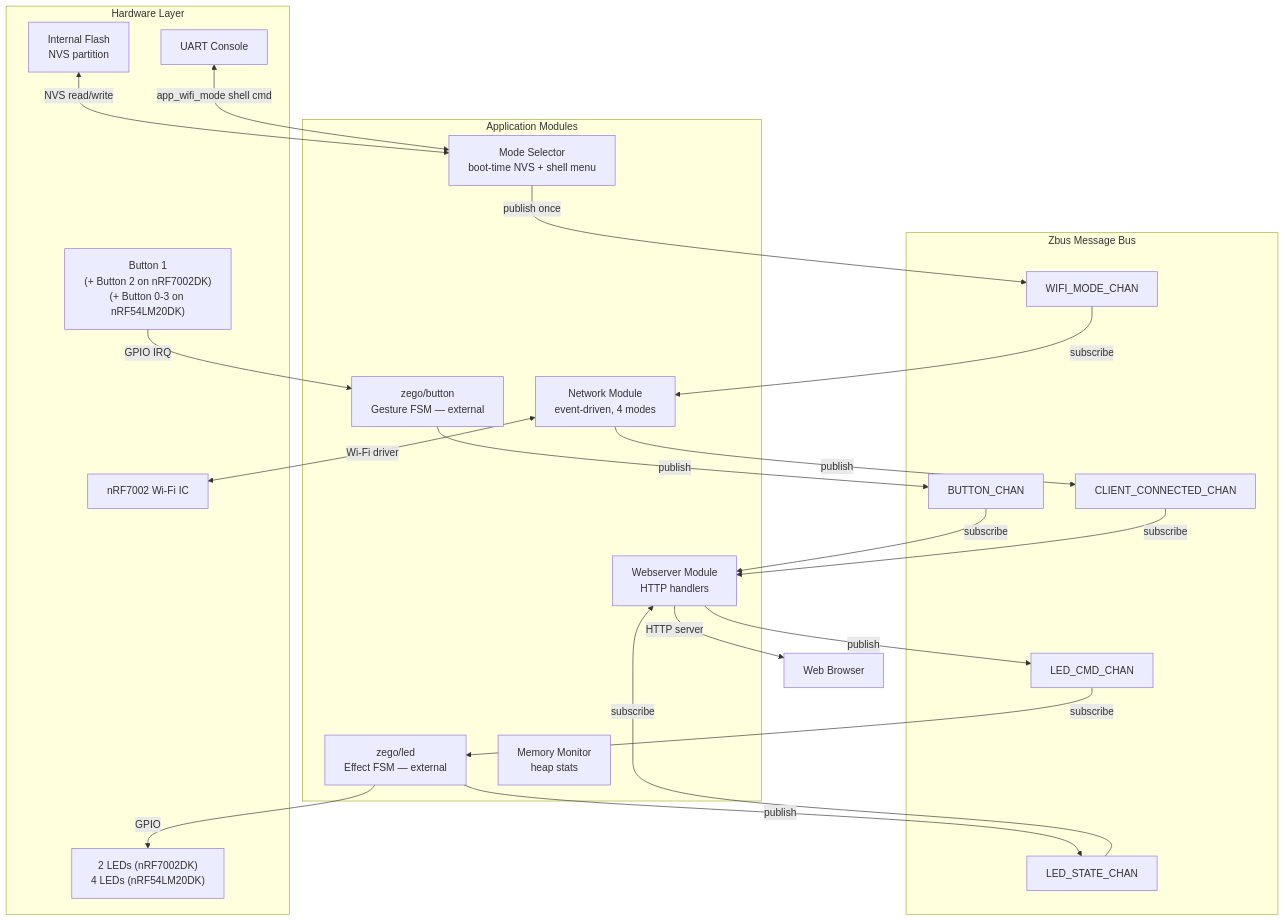
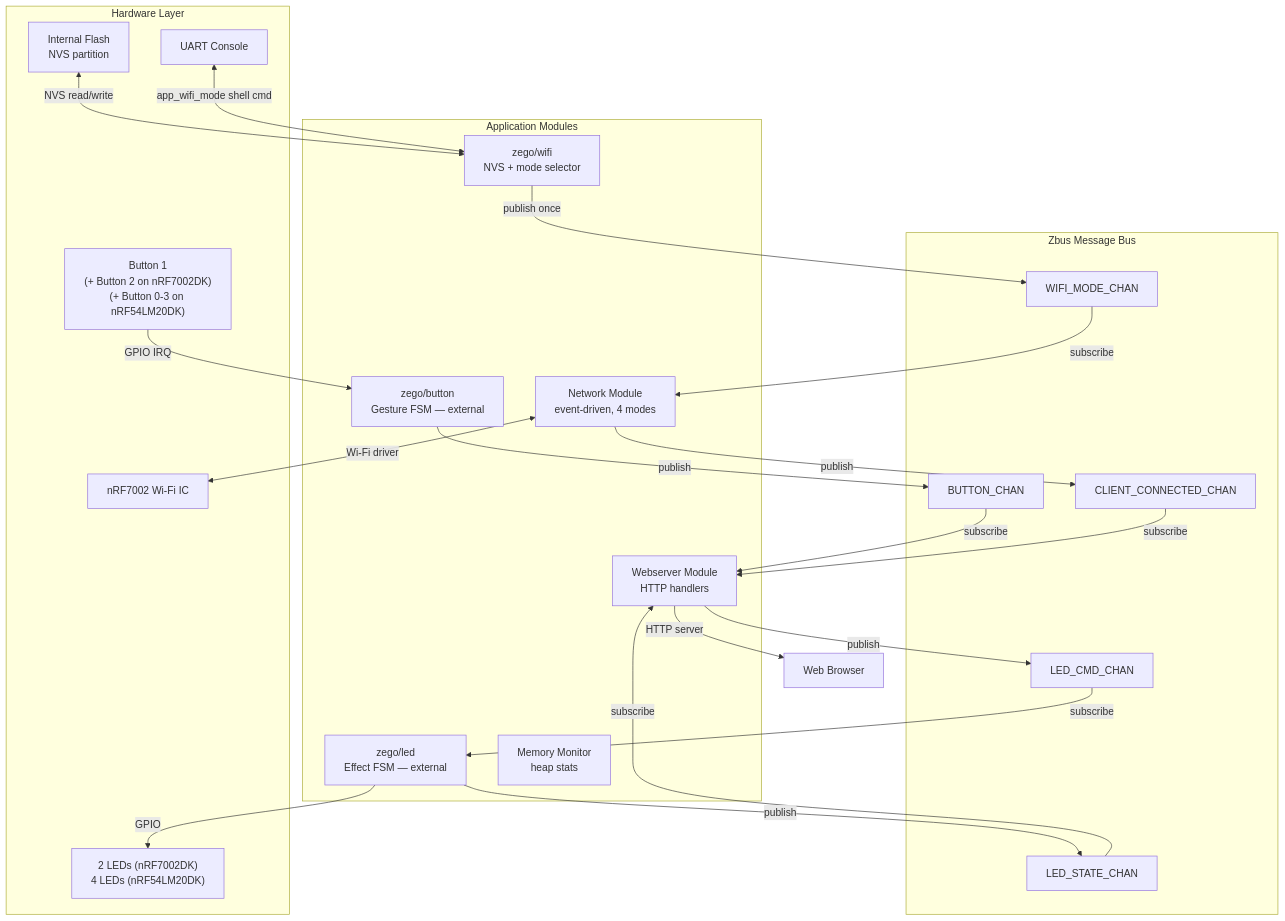
The first of 2 diagrams in docs/dev-specs/architecture.md (chshzh/nordic-wifi-webdash), drawn with Mermaid before and after one commit. The commit also changed other lines of this file and 9 other files, not shown here.

First line of the commit message:
docs(dev-specs): spec housekeeping, delete stale zego specs, scope network-module to app shim

````diff
--- a/docs/dev-specs/architecture.md
+++ b/docs/dev-specs/architecture.md
@@ -133,49 +153,49 @@
 ```mermaid
 graph TB
     subgraph zbus_bus [Zbus Message Bus]
         WIFI_MODE_CHAN[WIFI_MODE_CHAN]
         BUTTON_CHAN[BUTTON_CHAN]
         LED_CMD_CHAN[LED_CMD_CHAN]
         LED_STATE_CHAN[LED_STATE_CHAN]
         CLIENT_CONNECTED_CHAN[CLIENT_CONNECTED_CHAN]
     end
 
     subgraph hw [Hardware Layer]
         HW_BTN["Button 1\n(+ Button 2 on nRF7002DK)\n(+ Button 0-3 on nRF54LM20DK)"]
         HW_LED["2 LEDs (nRF7002DK)\n4 LEDs (nRF54LM20DK)"]
         HW_WIFI[nRF7002 Wi-Fi IC]
         HW_UART[UART Console]
         HW_FLASH[Internal Flash\nNVS partition]
     end
 
     subgraph modules [Application Modules]
-        ModeSel[Mode Selector\nboot-time NVS + shell menu]
+        ZegoWifi[zego/wifi\nNVS + mode selector]
         ButtonMod[zego/button\nGesture FSM — external]
         LEDMod[zego/led\nEffect FSM — external]
         NetMod[Network Module\nevent-driven, 4 modes]
         WebMod[Webserver Module\nHTTP handlers]
         MemMon[Memory Monitor\nheap stats]
     end
 
     HW_BTN -->|GPIO IRQ| ButtonMod
-    HW_FLASH <-->|NVS read/write| ModeSel
-    HW_UART <-->|app_wifi_mode shell cmd| ModeSel
+    HW_FLASH <-->|NVS read/write| ZegoWifi
+    HW_UART <-->|app_wifi_mode shell cmd| ZegoWifi
 
-    ModeSel -->|publish once| WIFI_MODE_CHAN
+    ZegoWifi -->|publish once| WIFI_MODE_CHAN
     WIFI_MODE_CHAN -->|subscribe| NetMod
 
     ButtonMod -->|publish| BUTTON_CHAN
     BUTTON_CHAN -->|subscribe| WebMod
 
     WebMod -->|publish| LED_CMD_CHAN
     LED_CMD_CHAN -->|subscribe| LEDMod
     LEDMod -->|publish| LED_STATE_CHAN
     LED_STATE_CHAN -->|subscribe| WebMod
     LEDMod -->|GPIO| HW_LED
 
     NetMod -->|publish| CLIENT_CONNECTED_CHAN
     CLIENT_CONNECTED_CHAN -->|subscribe| WebMod
     NetMod <-->|Wi-Fi driver| HW_WIFI
 
     WebMod -->|HTTP server| Client[Web Browser]
 ```
````
